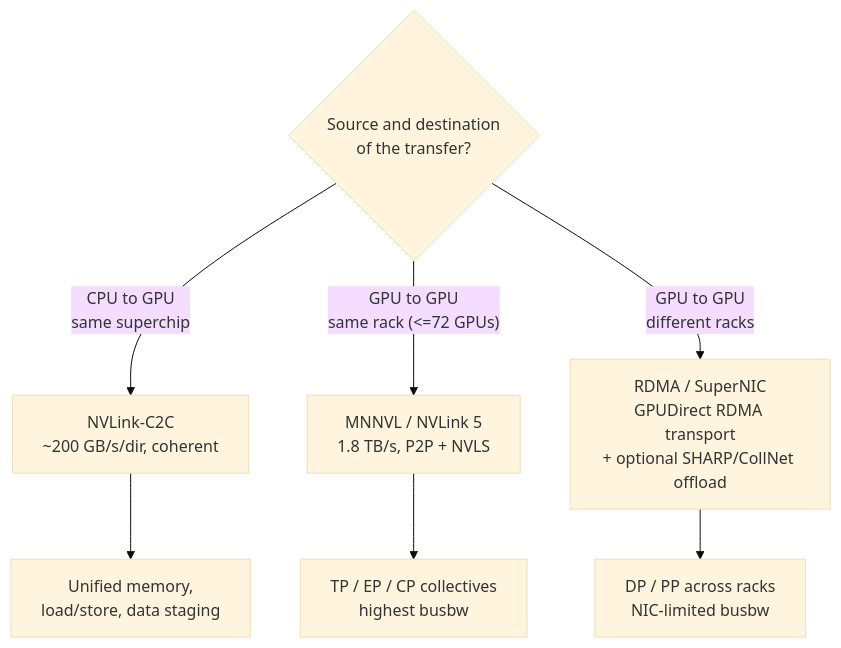
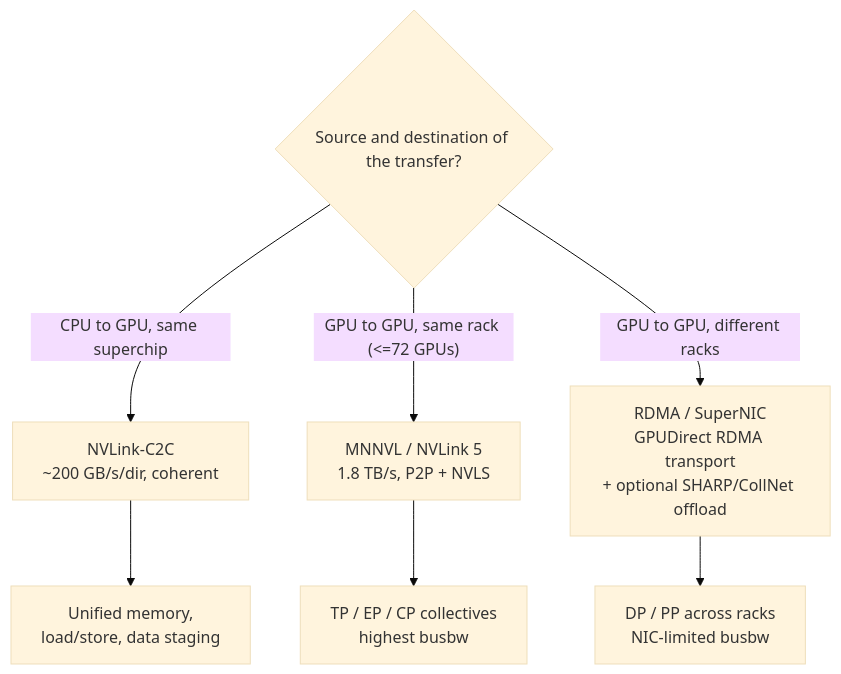
The fifth of 11 diagrams in nvl72.md (dfwguy/validation), drawn with Mermaid (base theme) before and after one commit. The commit also changed other lines of this file, not shown here.

First line of the commit message:
Fix Mermaid 10.7.0 syntax errors in six diagrams

````diff
--- a/nvl72.md
+++ b/nvl72.md
@@ -390,11 +387,11 @@
 ```mermaid
 flowchart TD
-    Q{"Source and destination<br/>of the transfer?"}
-    Q -->|"CPU to GPU<br/>same superchip"| C2C["NVLink-C2C<br/>~200 GB/s/dir, coherent"]
-    Q -->|"GPU to GPU<br/>same rack (<=72 GPUs)"| NVL["MNNVL / NVLink 5<br/>1.8 TB/s, P2P + NVLS"]
-    Q -->|"GPU to GPU<br/>different racks"| RDMA["RDMA / SuperNIC<br/>GPUDirect RDMA transport<br/>+ optional SHARP/CollNet offload"]
+    Q{"Source and destination of the transfer?"}
+    Q -->|"CPU to GPU, same superchip"| C2C["NVLink-C2C<br/>~200 GB/s/dir, coherent"]
+    Q -->|"GPU to GPU, same rack (<=72 GPUs)"| NVL["MNNVL / NVLink 5<br/>1.8 TB/s, P2P + NVLS"]
+    Q -->|"GPU to GPU, different racks"| RDMA["RDMA / SuperNIC<br/>GPUDirect RDMA transport<br/>+ optional SHARP/CollNet offload"]
 
     C2C --> NOTE1["Unified memory,<br/>load/store, data staging"]
     NVL --> NOTE2["TP / EP / CP collectives<br/>highest busbw"]
     RDMA --> NOTE3["DP / PP across racks<br/>NIC-limited busbw"]
 ```
````
